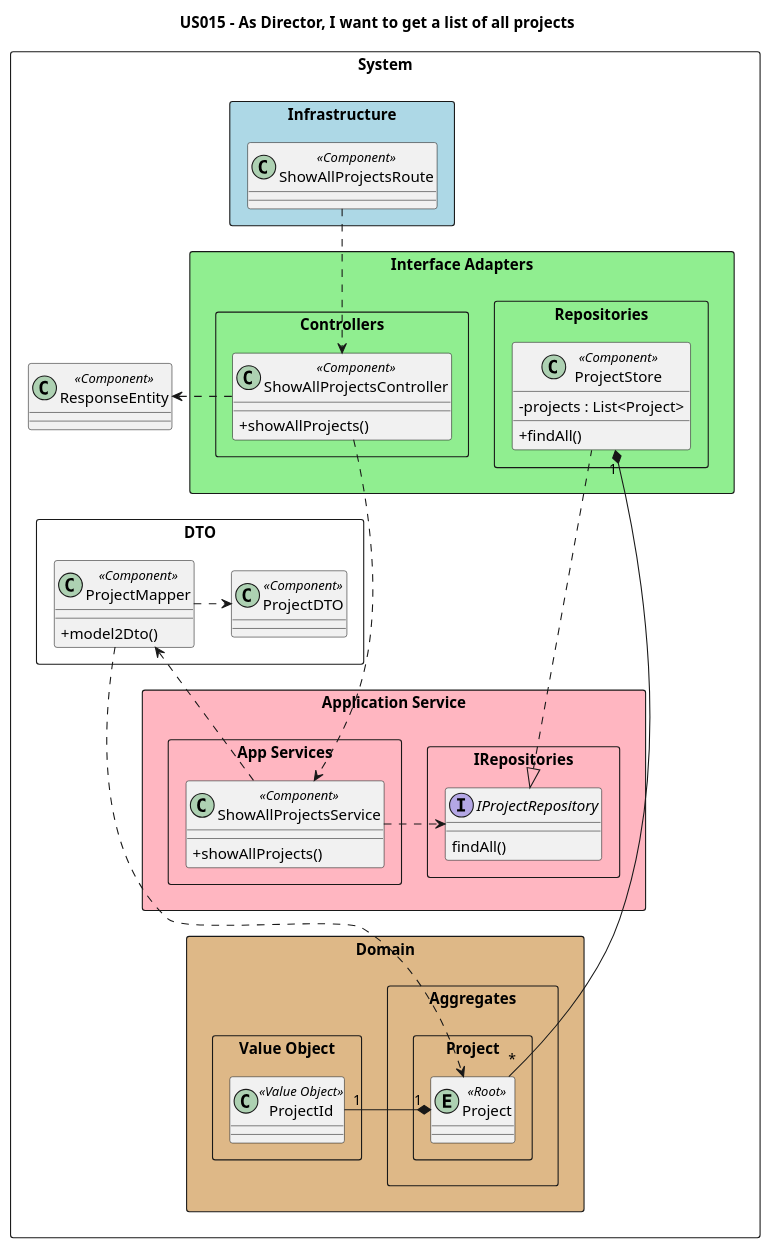
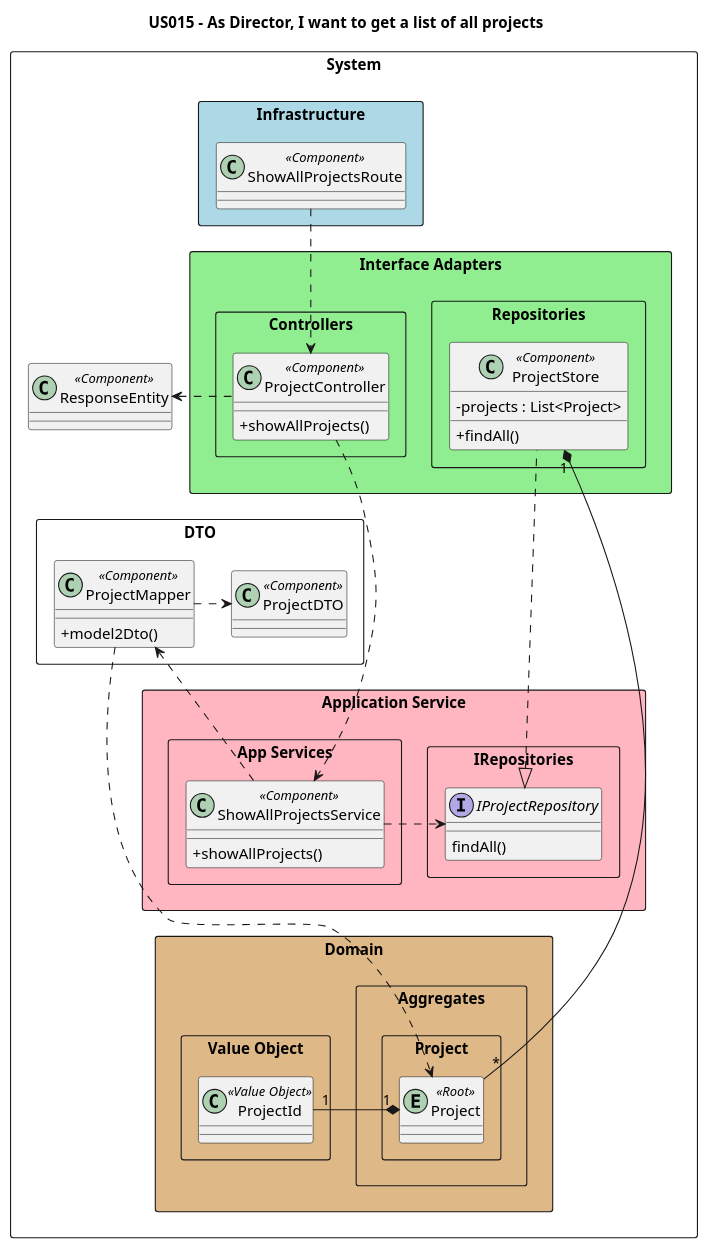
One commit to nunogon1211787/projectManagement changed the diagram in docs/Sprint2/US015/US015-CD.puml. Above: the diagram before and after it, drawn with PlantUML. The commit also changed 4 other files, not shown here.

Commit message:
US015: Review: switch to ProjectController and fix diagrams. resolve #106

```diff
--- a/docs/Sprint2/US015/US015-CD.puml
+++ b/docs/Sprint2/US015/US015-CD.puml
@@ -1,74 +1,74 @@
 @startuml
 'https://plantuml.com/class-diagram
 
 title US015 - As Director, I want to get a list of all projects
 
 skinparam classAttributeIconSize 0
 
 package "System" <<Rectangle>> {
 
 package "Infrastructure" <<Rectangle>> #lightblue  {
 class "ShowAllProjectsRoute" as route << Component >>
 }
 
 package "Interface Adapters" <<Rectangle>> #lightgreen {
 package "Controllers" <<rectangle>>{
-class "ShowAllProjectsController" as ctrl << Component >> {
+class "ProjectController" as ctrl << Component >> {
 +showAllProjects()
 }
 }
 package "Repositories" <<rectangle>>{
 class "ProjectStore" as store << Component >> {
 -projects : List<Project>
 +findAll()
 }
 }
 }
 
 package "Application Service" <<Rectangle>> #lightpink{
 package "App Services" <<rectangle>>{
 class "ShowAllProjectsService" as srv << Component >> {
 +showAllProjects()
 }
 }
 package "IRepositories" <<rectangle>>{
 interface "IProjectRepository" as repo{
 findAll()
 }
 }
 }
 
 package "Domain" <<Rectangle>> #burlywood{
 package "Aggregates" <<rectangle>>{
 package "Project" <<Rectangle>>{
 entity "Project" as proj << Root >>
 }
 }
 package "Value Object" <<rectangle>>{
 class "ProjectId" as pId << Value Object >>
 }
 }
 
 package "DTO" <<rectangle>>{
 class "ProjectMapper" as map <<Component>> {
 + model2Dto()
 }
 class "ProjectDTO" as dto <<Component>>
 }
 
 class "ResponseEntity" as json <<Component>>
 
 }
 
 route .d.> ctrl
 ctrl .d..> srv
 srv .r.> repo
 repo <|.. store
 store "1"*----"*" proj
 proj "1"*-l-"1" pId
 srv .u.> map
 map .r.> dto
 ctrl .l.> json
 map ..> proj
 
 @enduml
```
